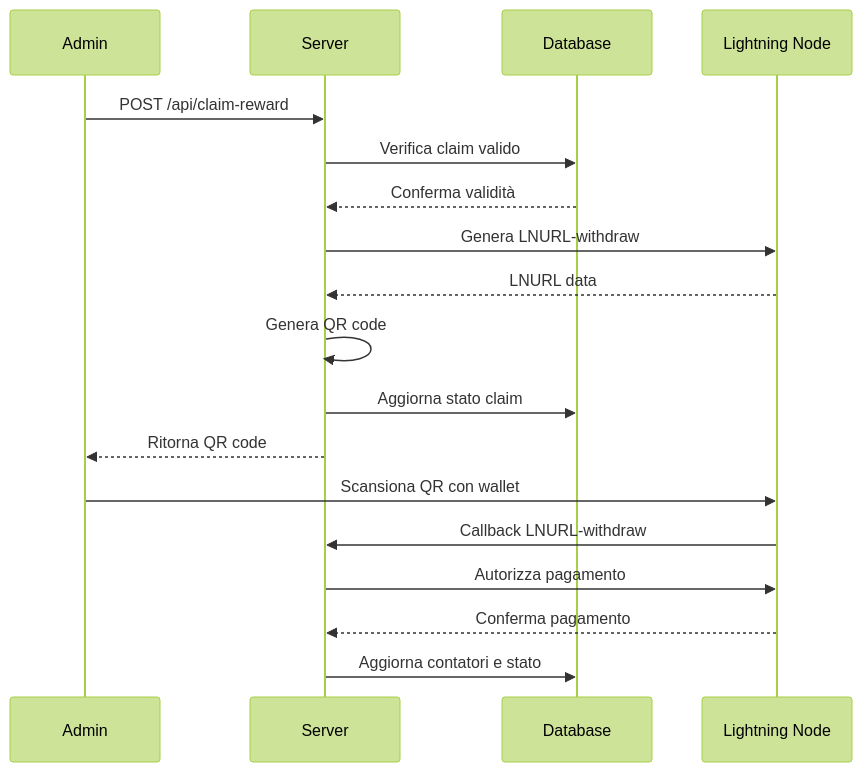
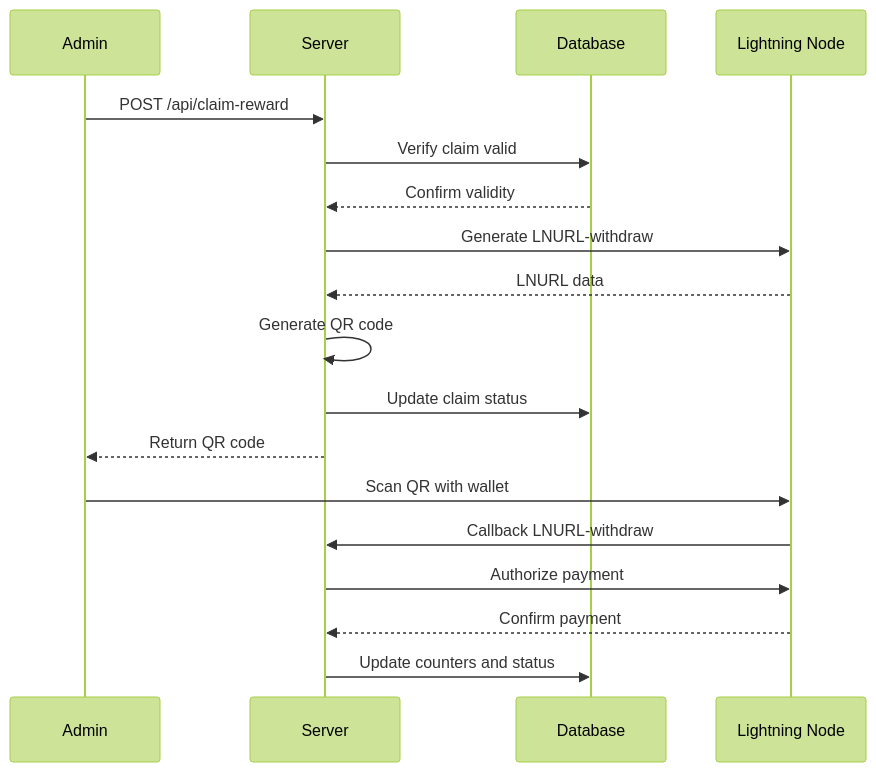
Before and after one commit to ElysiumLab/plan-b-tech-school-assignment: the third of 4 diagrams in README.md, drawn with Mermaid (forest theme). The commit also changed other lines of this file and 1 other file, not shown here.

````diff
--- a/README.md
+++ b/README.md
@@ -56,22 +56,22 @@
 ```mermaid
 sequenceDiagram
     participant A as Admin
     participant S as Server
     participant DB as Database
     participant LN as Lightning Node
     
     A->>S: POST /api/claim-reward
-    S->>DB: Verifica claim valido
-    DB-->>S: Conferma validità
-    S->>LN: Genera LNURL-withdraw
+    S->>DB: Verify claim valid
+    DB-->>S: Confirm validity
+    S->>LN: Generate LNURL-withdraw
     LN-->>S: LNURL data
-    S->>S: Genera QR code
-    S->>DB: Aggiorna stato claim
-    S-->>A: Ritorna QR code
+    S->>S: Generate QR code
+    S->>DB: Update claim status
+    S-->>A: Return QR code
     
-    A->>LN: Scansiona QR con wallet
+    A->>LN: Scan QR with wallet
     LN->>S: Callback LNURL-withdraw
-    S->>LN: Autorizza pagamento
-    LN-->>S: Conferma pagamento
-    S->>DB: Aggiorna contatori e stato
+    S->>LN: Authorize payment
+    LN-->>S: Confirm payment
+    S->>DB: Update counters and status
 ```
````
